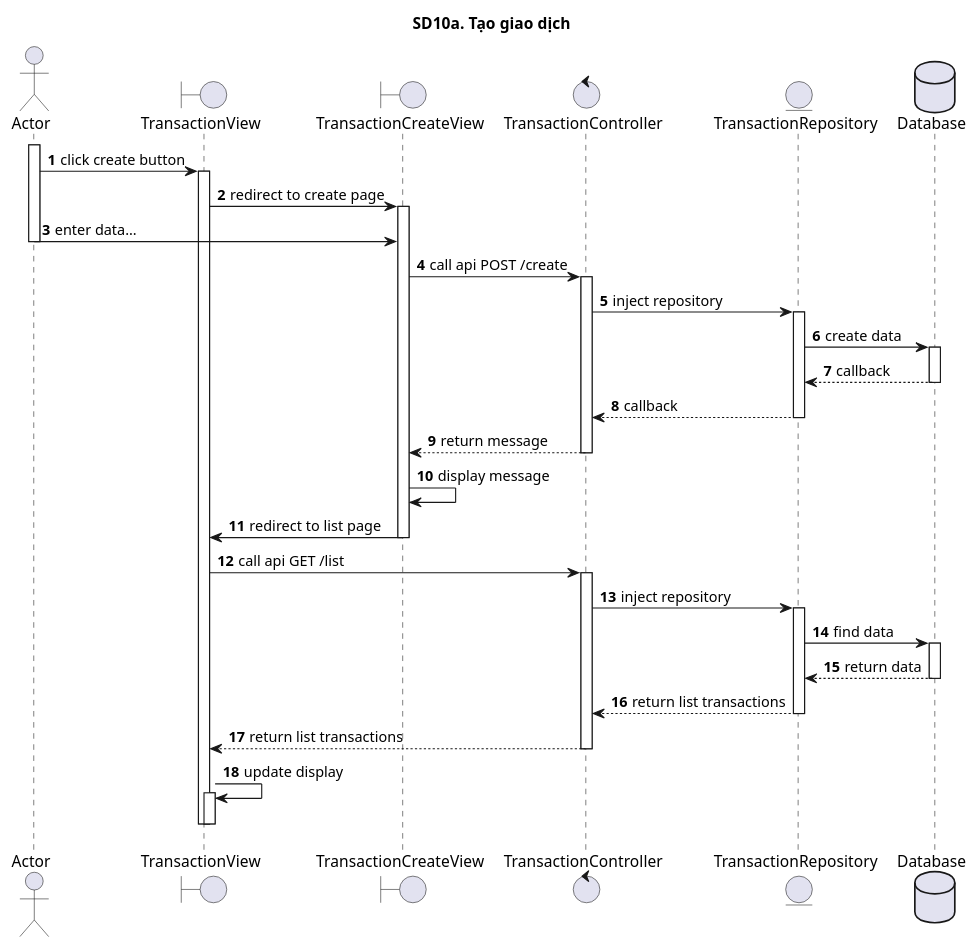
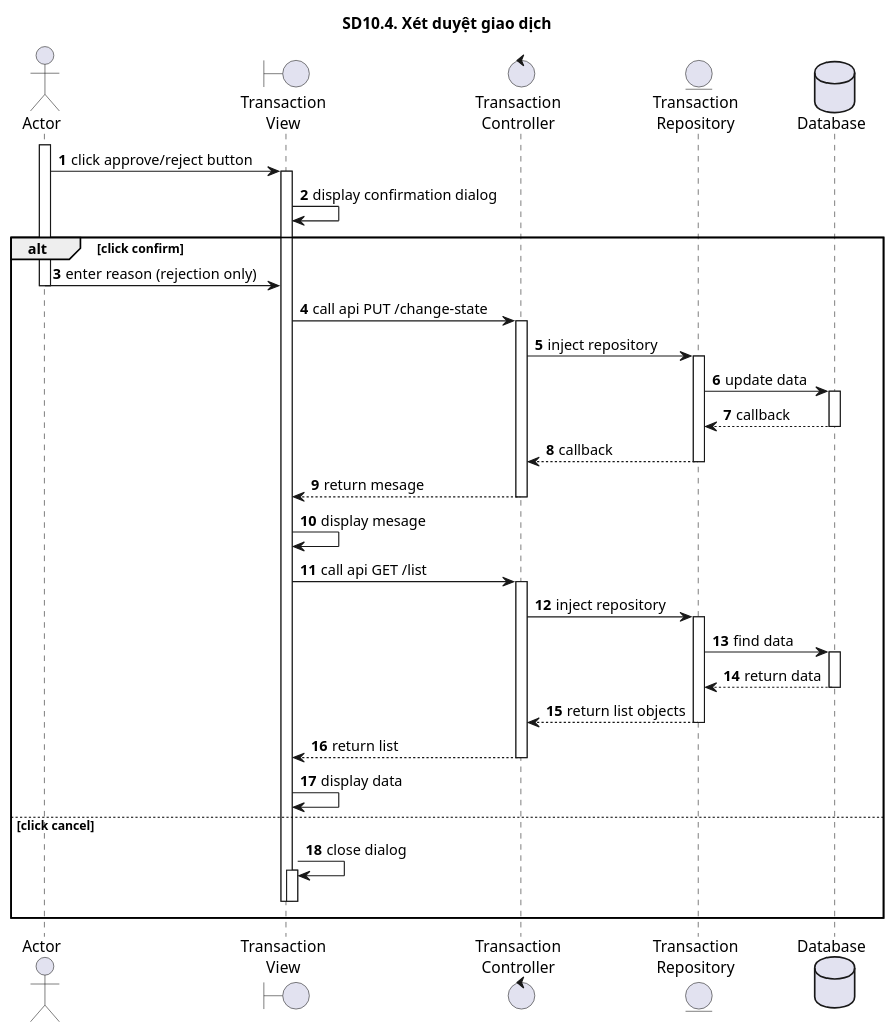
Before and after one commit to ITZ-Developers/Finance-UML: the diagram in 10_QuanLyGiaoDich/sd10.4.puml, drawn with PlantUML. The commit also changed 7 other files, not shown here.

```diff
--- a/10_QuanLyGiaoDich/sd10.4.puml
+++ b/10_QuanLyGiaoDich/sd10.4.puml
@@ -1,48 +1,48 @@
 @startuml SQ
 autonumber
-title SD10a. Tạo giao dịch
+title SD10.4. Xét duyệt giao dịch
 actor "Actor" as actor
-boundary "TransactionView" as view
-boundary "TransactionCreateView" as createView
-control "TransactionController" as controller
-entity "TransactionRepository" as model
+boundary "Transaction\nView" as view
+control "Transaction\nController" as controller
+entity "Transaction\nRepository" as model
 database "Database" as database
 activate actor
-actor -> view : click create button
+actor -> view : click approve/reject button
 activate view
-view -> createView: redirect to create page
-activate createView
-actor -> createView: enter data...
+view -> view: display confirmation dialog
+alt click confirm
+actor -> view : enter reason (rejection only)
 deactivate actor
-createView -> controller : call api POST /create
+view -> controller : call api PUT /change-state
 activate controller
 controller -> model : inject repository
 activate model
-model -> database : create data
+model -> database : update data
 activate database
 database --> model : callback
 deactivate database
 model --> controller : callback
 deactivate model
-controller --> createView : return message
+controller --> view : return mesage
 deactivate controller
-createView -> createView : display message
-createView -> view : redirect to list page
-deactivate createView
-view -> controller : call api GET /list
+view -> view: display mesage
+view -> controller: call api GET /list
 activate controller
-controller -> model : inject repository
+controller -> model: inject repository
 activate model
-model -> database : find data
+model -> database: find data
 activate database
-database --> model : return data
+database --> model: return data
 deactivate database
-model --> controller : return list transactions
+model --> controller: return list objects
 deactivate model
-controller --> view : return list transactions
+controller --> view: return list
 deactivate controller
-view -> view: update display
+view -> view: display data
+else click cancel
+view -> view: close dialog
 activate view
 deactivate view
 deactivate view
+end
 @enduml
```
